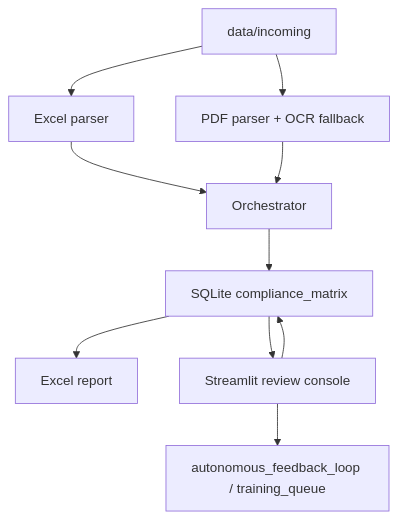
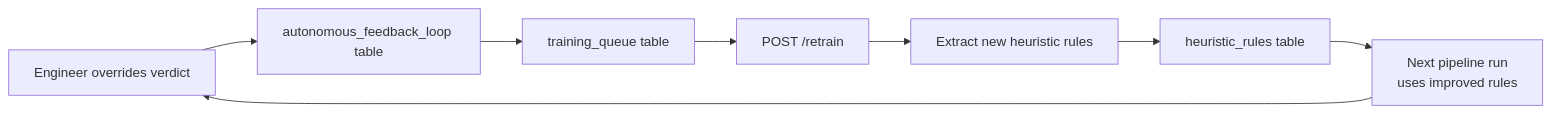
Before and after one commit to chandu1234678/tender-and-vendor: the ninth of 9 diagrams in README.md, drawn with Mermaid. The commit also changed other lines of this file and 11 other files, not shown here.

````diff
--- a/README.md
+++ b/README.md
@@ -100,12 +931,10 @@
 ```mermaid
-flowchart TB
-    A["data/incoming"] --> B["Excel parser"]
-    A --> C["PDF parser + OCR fallback"]
-    B --> D["Orchestrator"]
-    C --> D
-    D --> E["SQLite compliance_matrix"]
-    E --> F["Excel report"]
-    E --> G["Streamlit review console"]
-    G --> E
-    G --> H["autonomous_feedback_loop / training_queue"]
+flowchart LR
+    A[Engineer overrides verdict] --> B[autonomous_feedback_loop table]
+    B --> C[training_queue table]
+    C --> D[POST /retrain]
+    D --> E[Extract new heuristic rules]
+    E --> F[heuristic_rules table]
+    F --> G[Next pipeline run\nuses improved rules]
+    G --> A
 ```
````
